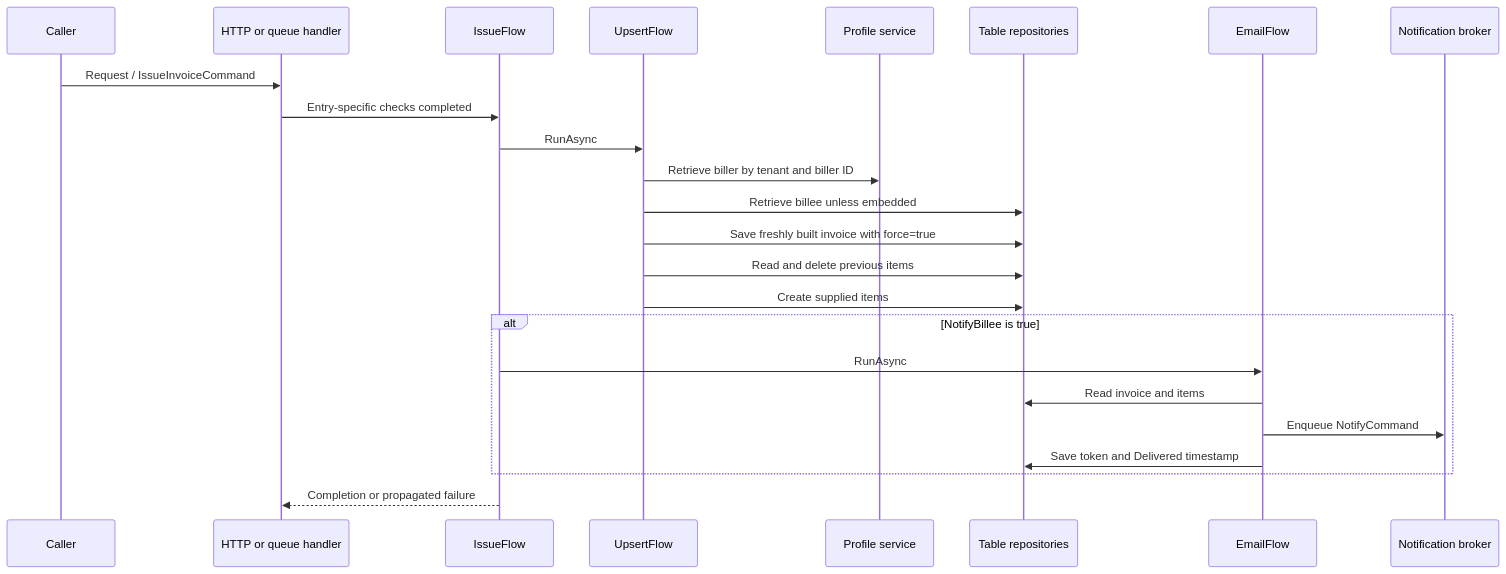
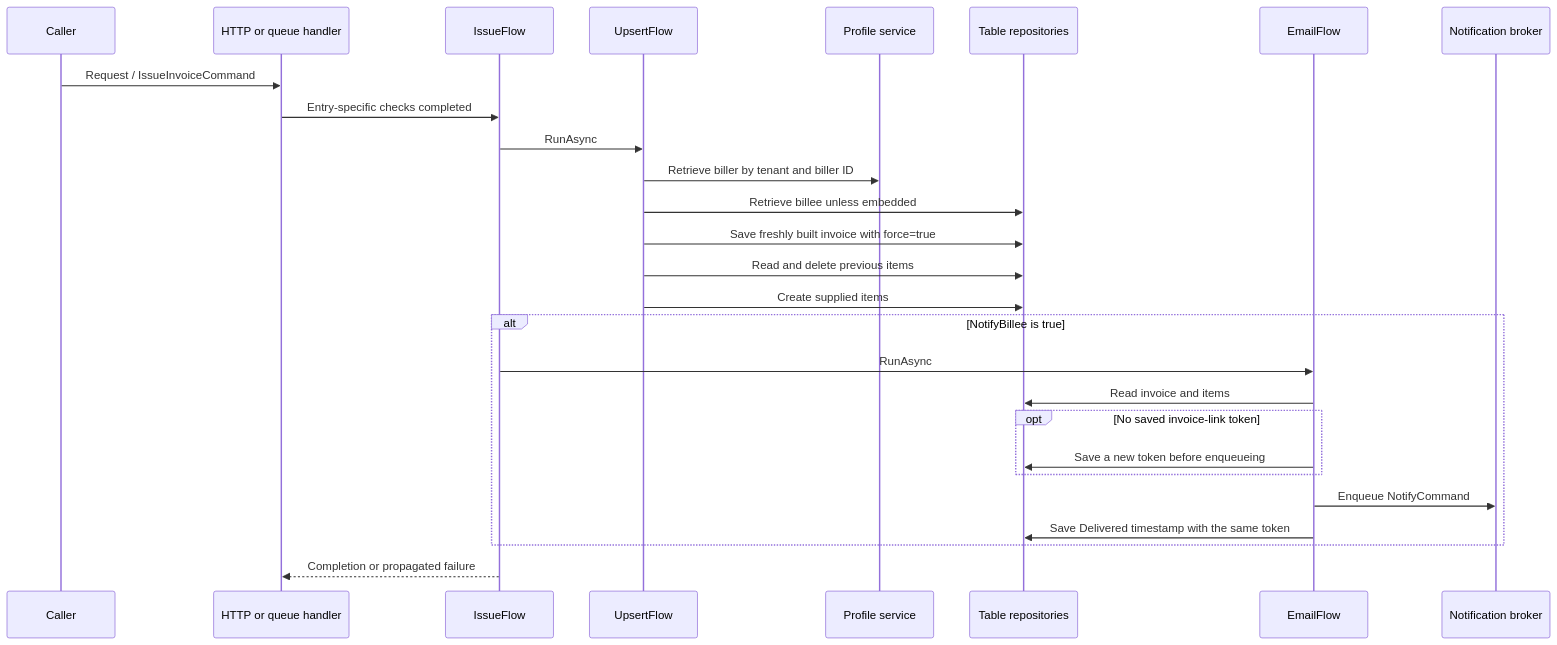
The second of 2 diagrams in docs/architecture.md (niobium-nz/Niobium.Invoicing), drawn with Mermaid before and after one commit. The commit also changed other lines of this file and 24 other files, not shown here.

````diff
--- a/docs/architecture.md
+++ b/docs/architecture.md
@@ -43,26 +43,29 @@
 ```mermaid
 sequenceDiagram
     participant Caller
     participant Entry as HTTP or queue handler
     participant Issue as IssueFlow
     participant Upsert as UpsertFlow
     participant Profile as Profile service
     participant DB as Table repositories
     participant Email as EmailFlow
     participant Bus as Notification broker
     Caller->>Entry: Request / IssueInvoiceCommand
     Entry->>Issue: Entry-specific checks completed
     Issue->>Upsert: RunAsync
     Upsert->>Profile: Retrieve biller by tenant and biller ID
     Upsert->>DB: Retrieve billee unless embedded
     Upsert->>DB: Save freshly built invoice with force=true
     Upsert->>DB: Read and delete previous items
     Upsert->>DB: Create supplied items
     alt NotifyBillee is true
         Issue->>Email: RunAsync
         Email->>DB: Read invoice and items
+        opt No saved invoice-link token
+            Email->>DB: Save a new token before enqueueing
+        end
         Email->>Bus: Enqueue NotifyCommand
-        Email->>DB: Save token and Delivered timestamp
+        Email->>DB: Save Delivered timestamp with the same token
     end
     Issue-->>Entry: Completion or propagated failure
 ```
````
